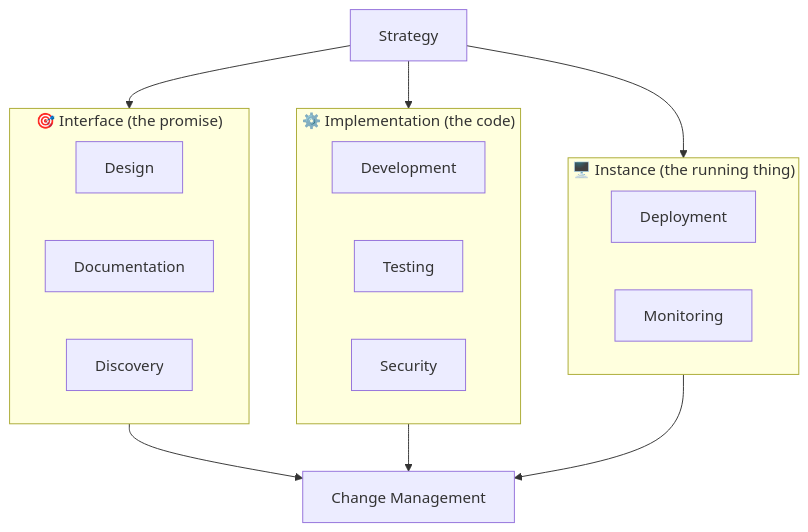
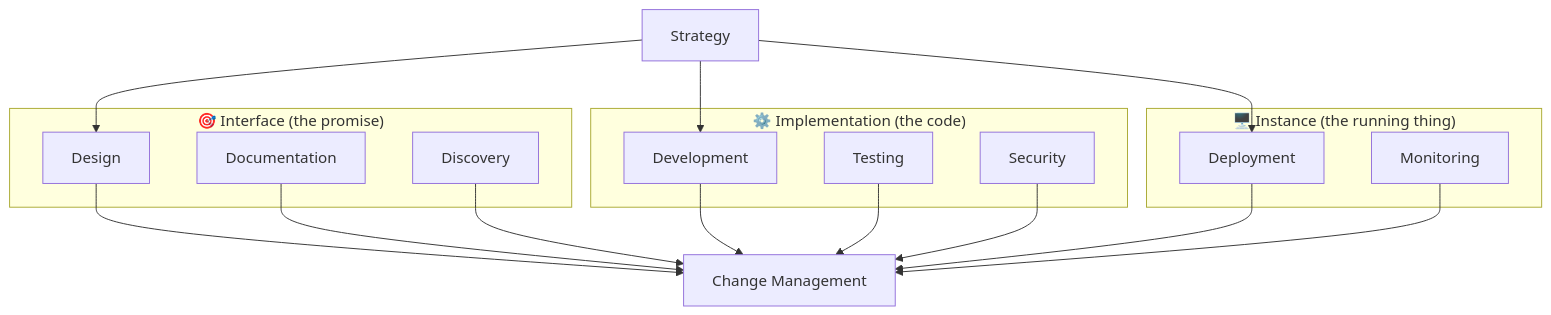
The first of 13 diagrams in resources/vulnerabilties/api testing/The 10 Pillars of Building an API Product: Everything I Wish Someone Had Told Me Earlier.md (aw-junaid/bug-bounty), drawn with Mermaid before and after one commit.

Commit message:
Update The 10 Pillars of Building an API Product: Everything I Wish Someone Had Told Me Earlier.md

````diff
--- a/resources/vulnerabilties/api testing/The 10 Pillars of Building an API Product: Everything I Wish Someone Had Told Me Earlier.md
+++ b/resources/vulnerabilties/api testing/The 10 Pillars of Building an API Product: Everything I Wish Someone Had Told Me Earlier.md
@@ -27,27 +27,32 @@
 ```mermaid
 flowchart TB
     subgraph Interface["🎯 Interface (the promise)"]
         Design[Design]
         Docs[Documentation]
         Discovery[Discovery]
     end
 
     subgraph Implementation["⚙️ Implementation (the code)"]
         Dev[Development]
         Testing[Testing]
         Security[Security]
     end
 
     subgraph Instance["🖥️ Instance (the running thing)"]
         Deploy[Deployment]
         Monitor[Monitoring]
     end
 
-    Strategy[Strategy] --> Interface
-    Strategy --> Implementation
-    Strategy --> Instance
+    Strategy[Strategy] --> Design
+    Strategy --> Dev
+    Strategy --> Deploy
     
-    Interface --> ChangeMgmt[Change Management]
-    Implementation --> ChangeMgmt
-    Instance --> ChangeMgmt
+    Design --> ChangeMgmt[Change Management]
+    Docs --> ChangeMgmt
+    Discovery --> ChangeMgmt
+    Dev --> ChangeMgmt
+    Testing --> ChangeMgmt
+    Security --> ChangeMgmt
+    Deploy --> ChangeMgmt
+    Monitor --> ChangeMgmt
 ```
````
